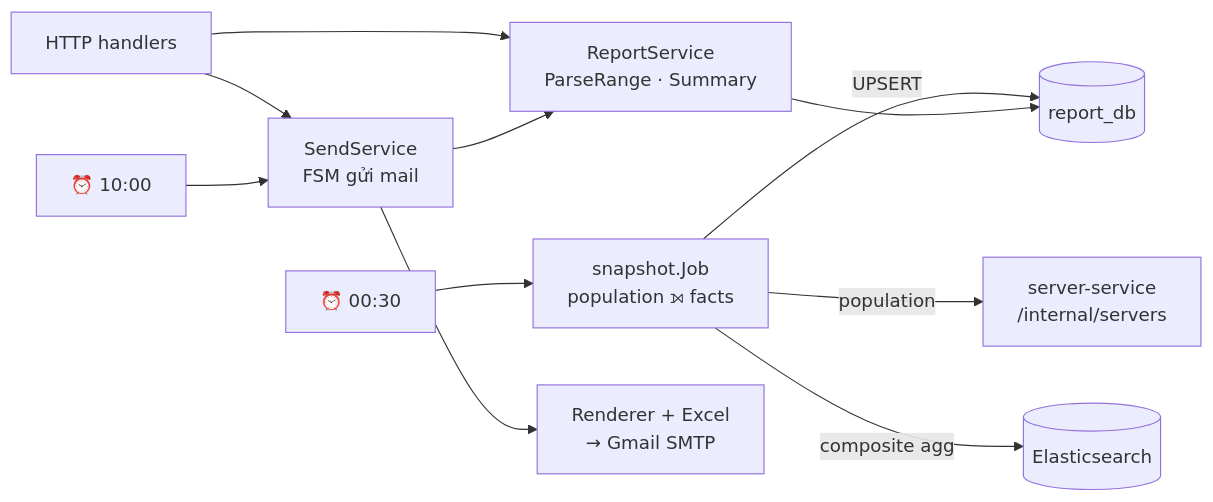
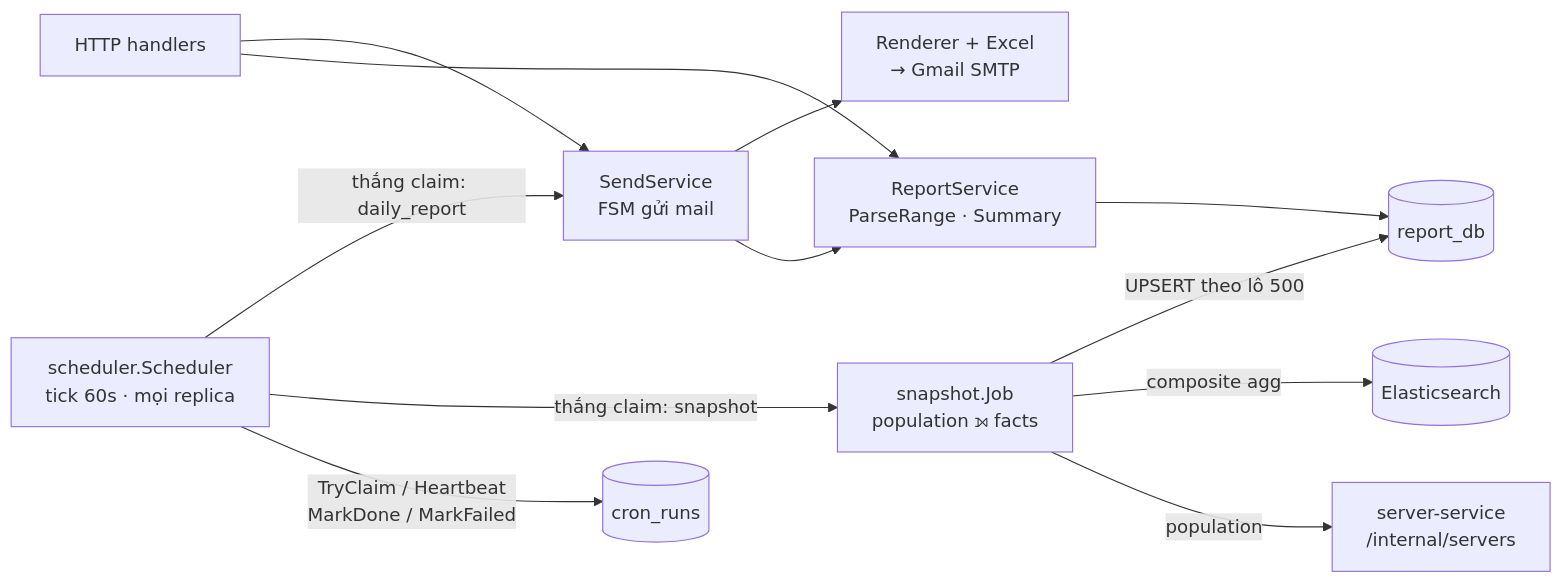
One commit to dwchwang/sms_microservice changed the fourth of 7 diagrams in .claude/diagrams/component-diagram.md. Above: the diagram before and after it, drawn with Mermaid. The commit also changed other lines of this file and 24 other files, not shown here.

````diff
--- a/.claude/diagrams/component-diagram.md
+++ b/.claude/diagrams/component-diagram.md
@@ -140,15 +169,18 @@
 ```mermaid
 graph LR
     H["HTTP handlers"] --> RS["ReportService<br/>ParseRange · Summary"]
     H --> SEND["SendService<br/>FSM gửi mail"]
-    C1["⏰ 00:30"] --> JOB["snapshot.Job<br/>population ⟕ facts"]
-    C2["⏰ 10:00"] --> SEND
+
+    SCH["scheduler.Scheduler<br/>tick 60s · mọi replica"]
+    SCH -->|"TryClaim / Heartbeat<br/>MarkDone / MarkFailed"| CR[("cron_runs")]
+    SCH -->|"thắng claim: snapshot"| JOB["snapshot.Job<br/>population ⟕ facts"]
+    SCH -->|"thắng claim: daily_report"| SEND
 
     JOB -->|"population"| SS["server-service<br/>/internal/servers"]
     JOB -->|"composite agg"| ES[("Elasticsearch")]
-    JOB -->|"UPSERT"| PG[("report_db")]
+    JOB -->|"UPSERT theo lô 500"| PG[("report_db")]
 
     RS --> PG
     SEND --> RS
     SEND --> OUT["Renderer + Excel<br/>→ Gmail SMTP"]
 ```
````
